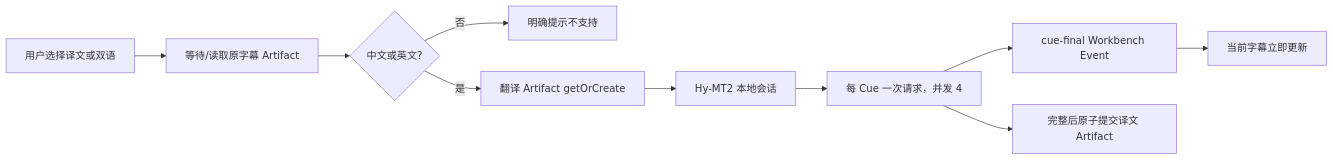
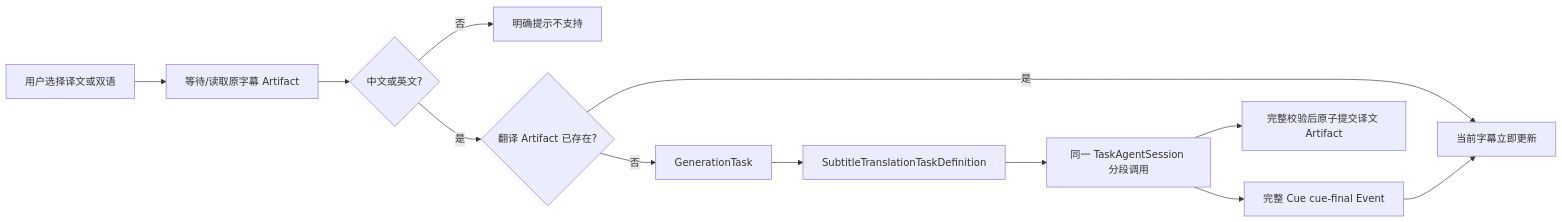
The second of 2 diagrams in docs/superpowers/specs/2026-08-16-video-subtitle-translation-design.md (wu-tian807/learning-companion), drawn with Mermaid before and after one commit. The commit also changed other lines of this file and 53 other files, not shown here.

````diff
--- a/docs/superpowers/specs/2026-08-16-video-subtitle-translation-design.md
+++ b/docs/superpowers/specs/2026-08-16-video-subtitle-translation-design.md
@@ -221,12 +223,14 @@
 ```mermaid
 flowchart LR
     SELECT["用户选择译文或双语"] --> SOURCE["等待/读取原字幕 Artifact"]
     SOURCE --> LANGUAGE{"中文或英文?"}
     LANGUAGE -->|否| UNSUPPORTED["明确提示不支持"]
-    LANGUAGE -->|是| CACHE["翻译 Artifact getOrCreate"]
-    CACHE --> MODEL["Hy-MT2 本地会话"]
-    MODEL --> CUE["每 Cue 一次请求，并发 4"]
-    CUE --> EVENT["cue-final Workbench Event"]
+    LANGUAGE -->|是| CACHE{"翻译 Artifact 已存在?"}
+    CACHE -->|是| UI["直接恢复完整译文"]
+    CACHE -->|否| TASK["GenerationTask"]
+    TASK --> DEFINITION["SubtitleTranslationTaskDefinition"]
+    DEFINITION --> AGENT["同一 TaskAgentSession 分段调用"]
+    AGENT --> EVENT["完整 Cue cue-final Event"]
     EVENT --> UI["当前字幕立即更新"]
-    CUE --> ARTIFACT["完整后原子提交译文 Artifact"]
+    AGENT --> ARTIFACT["完整校验后原子提交译文 Artifact"]
 ```
````
